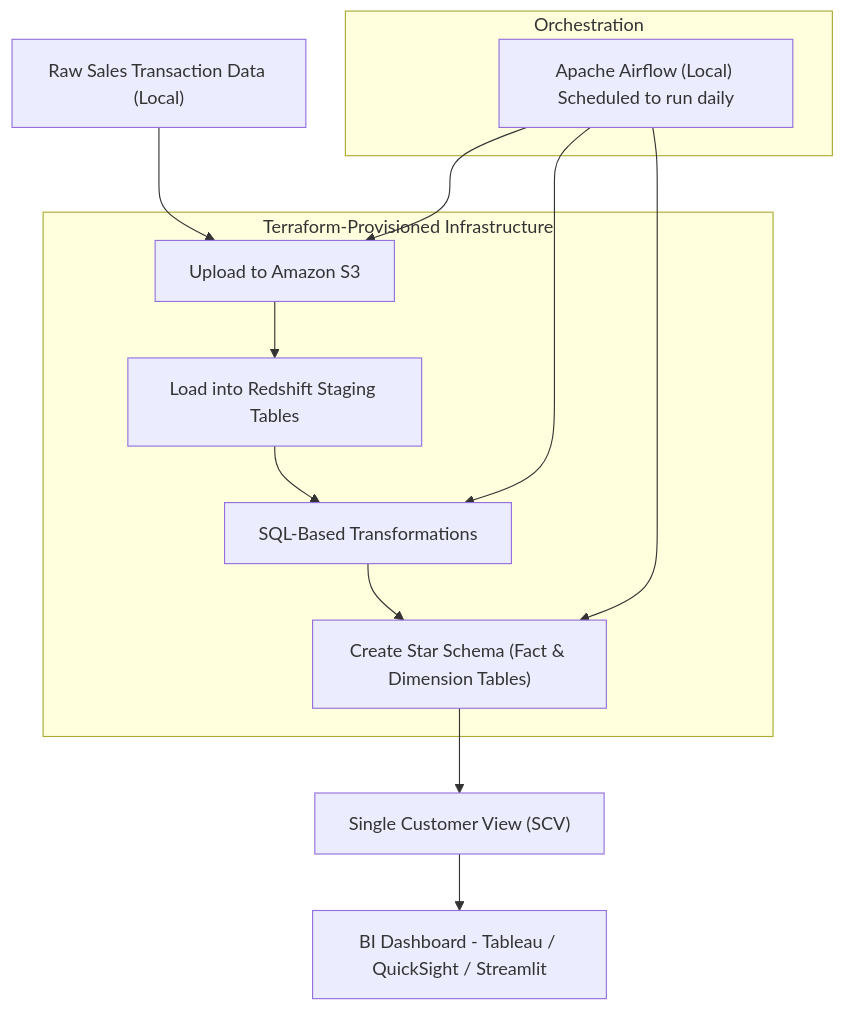
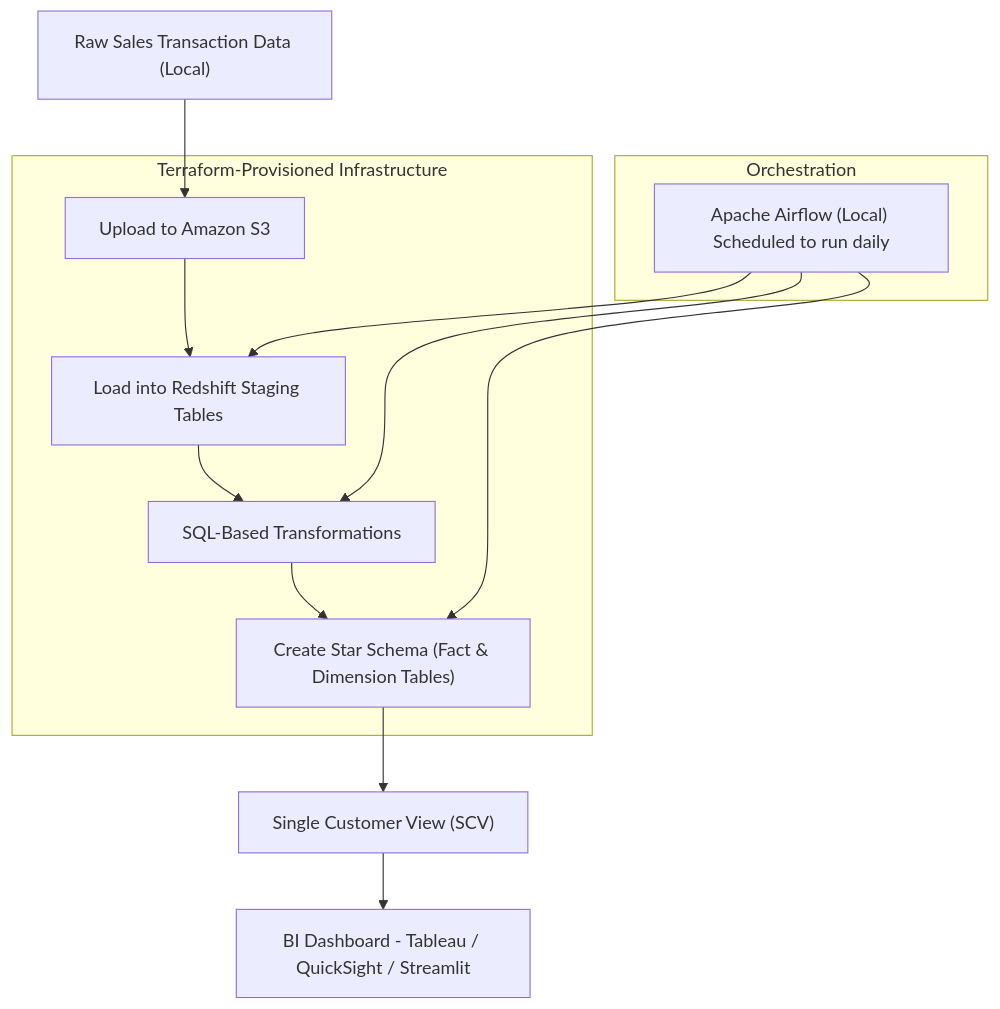
Before and after one commit to tungstennn/EcomDataPipeline-DataOps: the diagram in README.md, drawn with Mermaid.

````diff
--- a/README.md
+++ b/README.md
@@ -14,24 +14,24 @@
 ```mermaid
 graph TD
     A["Raw Sales Transaction Data (Local)"] --> B["Upload to Amazon S3"]
     B --> C["Load into Redshift Staging Tables"]
     C --> D["SQL-Based Transformations"]
     D --> E["Create Star Schema (Fact & Dimension Tables)"]
     E --> F["Single Customer View (SCV)"]
     F --> G["BI Dashboard - Tableau / QuickSight / Streamlit"]
 
     subgraph "Terraform-Provisioned Infrastructure"
         B
         C
         D
         E
     end
 
     subgraph "Orchestration"
         H["Apache Airflow (Local) Scheduled to run daily"]
     end
 
-    H --> B
+    H --> C
     H --> D
     H --> E
 ```
````
